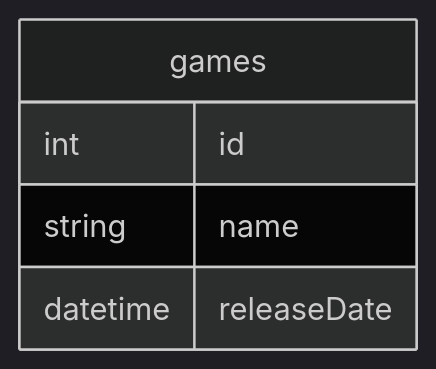
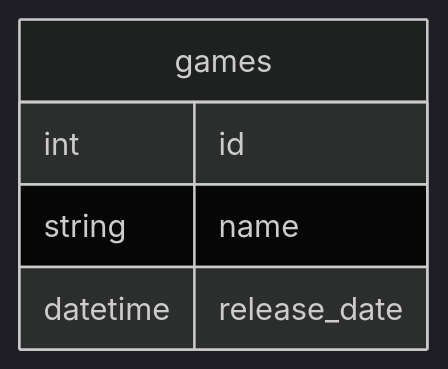
The second of 2 diagrams in README.md (Haikira/VGLogger), drawn with Mermaid before and after one commit.

````diff
--- a/README.md
+++ b/README.md
@@ -36,12 +36,12 @@
 ``` mermaid
 %%{init: {'theme': 'dark' } }%%
 
 erDiagram
 
         games {
                 int id
                 string name
-                datetime releaseDate
+                datetime release_date
             }
 
 ```
````
